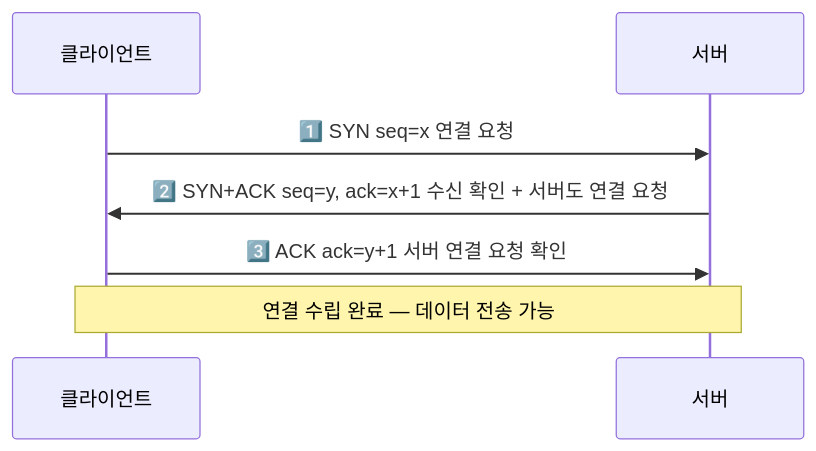
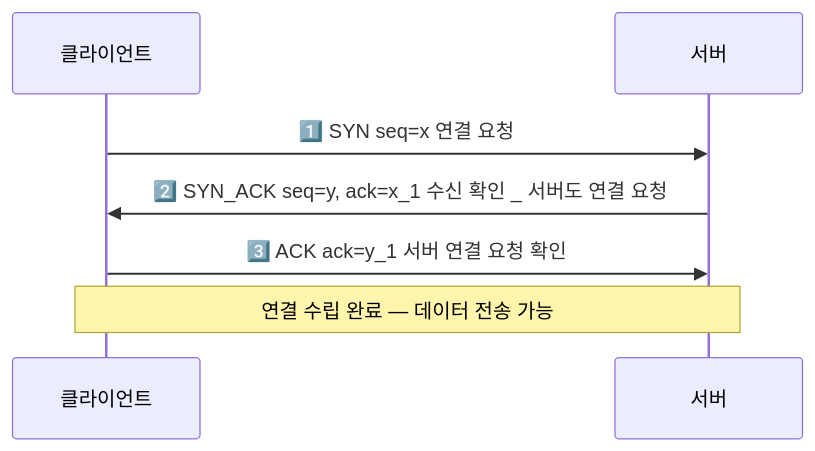
The second of 6 diagrams in _posts/network/2026-05-01-osi-7-layer.md (yjkim2015/yjkim2015.github.io), drawn with Mermaid before and after one commit. The commit also changed 38 other files, not shown here.

First line of the commit message:
Mermaid 파싱 에러 최종 수정 + 화살표 간격 확대

````diff
--- a/_posts/network/2026-05-01-osi-7-layer.md
+++ b/_posts/network/2026-05-01-osi-7-layer.md
@@ -105,9 +105,9 @@
 ```mermaid
 sequenceDiagram
     participant C as 클라이언트
     participant S as 서버
     C->>S: 1️⃣ SYN seq=x 연결 요청
-    S->>C: 2️⃣ SYN+ACK seq=y, ack=x+1 수신 확인 + 서버도 연결 요청
-    C->>S: 3️⃣ ACK ack=y+1 서버 연결 요청 확인
+    S->>C: 2️⃣ SYN_ACK seq=y, ack=x_1 수신 확인 _ 서버도 연결 요청
+    C->>S: 3️⃣ ACK ack=y_1 서버 연결 요청 확인
     Note over C,S: 연결 수립 완료 — 데이터 전송 가능
 ```
````
